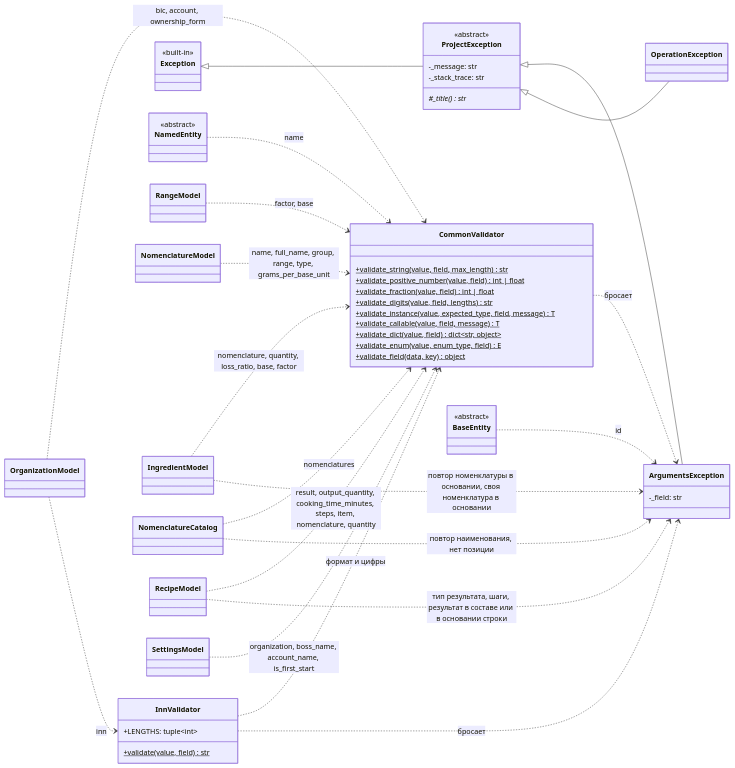
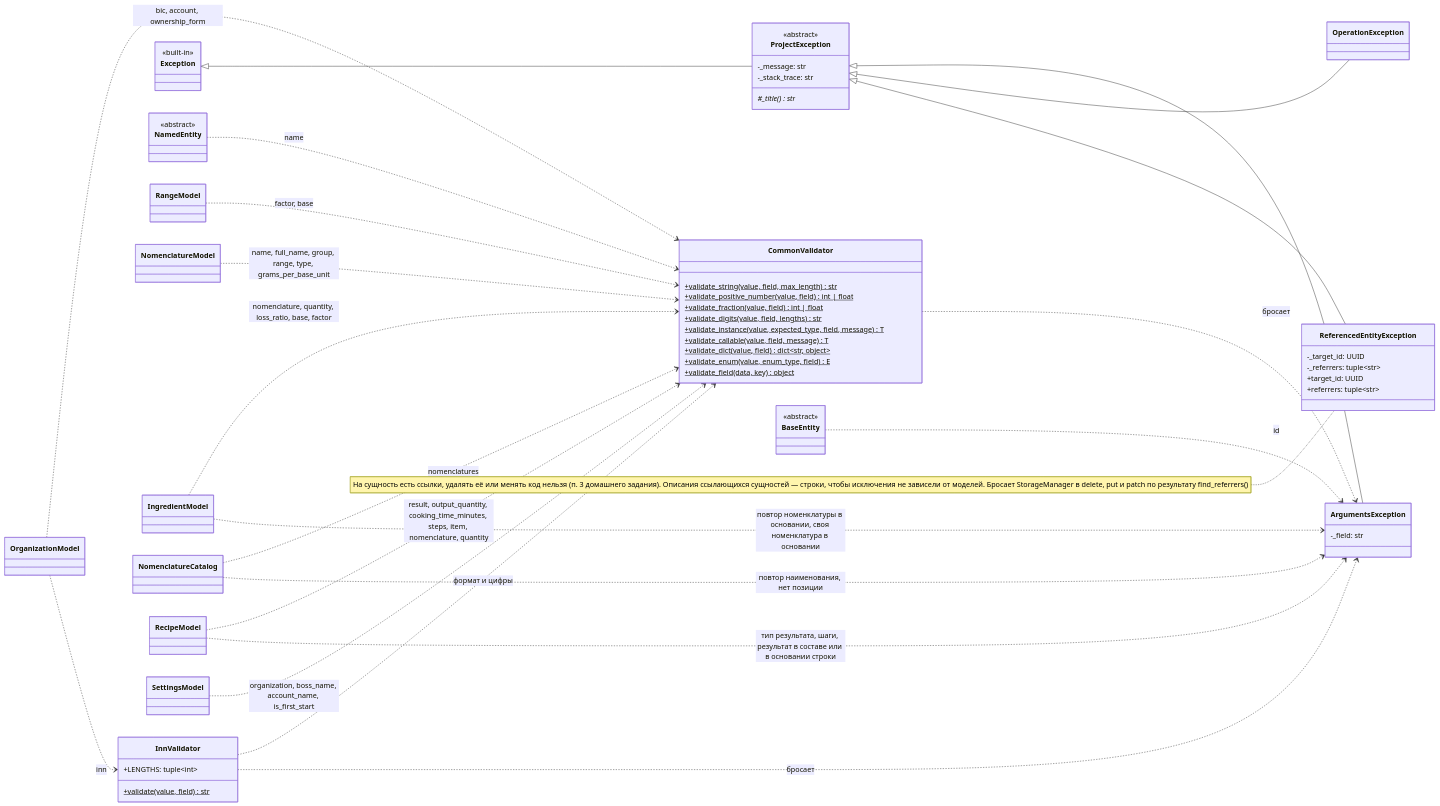
The third of 9 diagrams in Docs/ClassDiagram.md (asutenshi/design-patterns), drawn with Mermaid before and after one commit. The commit also changed other lines of this file and 1 other file, not shown here.

Commit message:
docs: describe CRUD API and update class diagrams

```diff
--- a/Docs/ClassDiagram.md
+++ b/Docs/ClassDiagram.md
@@ -353,6 +367,15 @@
 
     class OperationException
 
+    class ReferencedEntityException {
+        -_target_id: UUID
+        -_referrers: tuple~str~
+        +target_id: UUID
+        +referrers: tuple~str~
+    }
+
+    note for ReferencedEntityException "На сущность есть ссылки, удалять её или менять код нельзя (п. 3 домашнего задания). Описания ссылающихся сущностей — строки, чтобы исключения не зависели от моделей. Бросает StorageManager в delete, put и patch по результату find_referrers()"
+
     class Exception {
         <<built-in>>
     }
@@ -376,6 +399,7 @@
     Exception <|-- ProjectException
     ProjectException <|-- ArgumentsException
     ProjectException <|-- OperationException
+    ProjectException <|-- ReferencedEntityException
     InnValidator ..> CommonValidator : формат и цифры
     CommonValidator ..> ArgumentsException : бросает
     InnValidator ..> ArgumentsException : бросает
```
